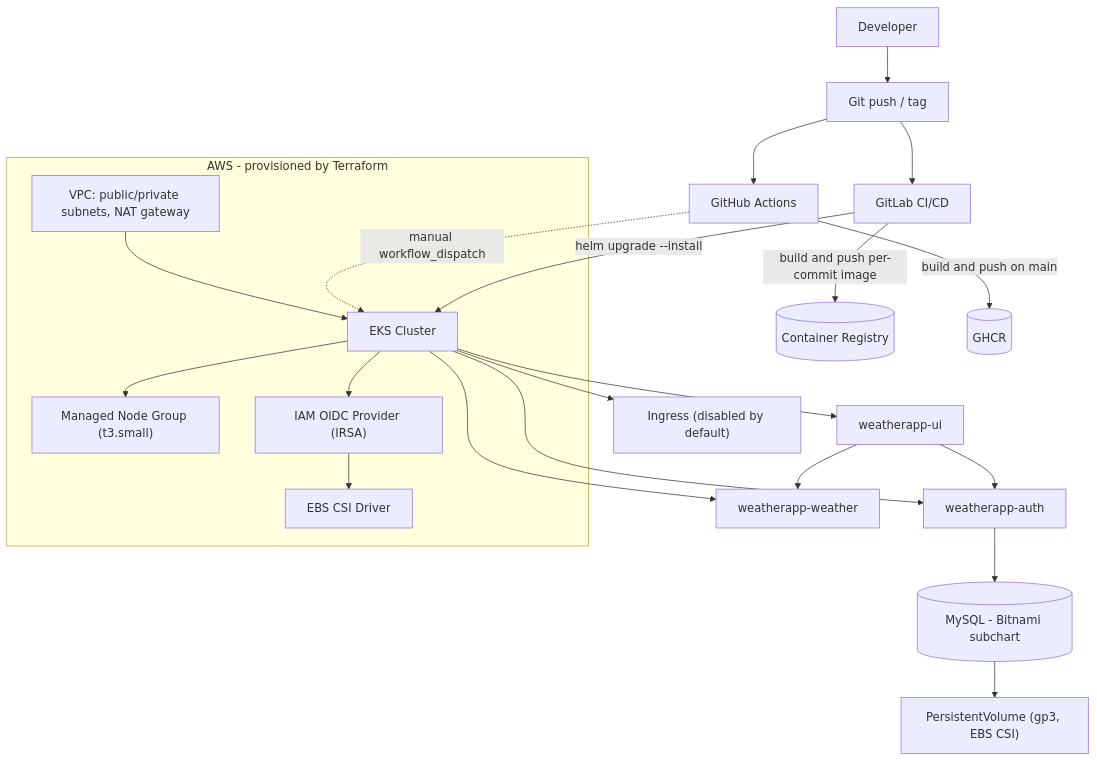
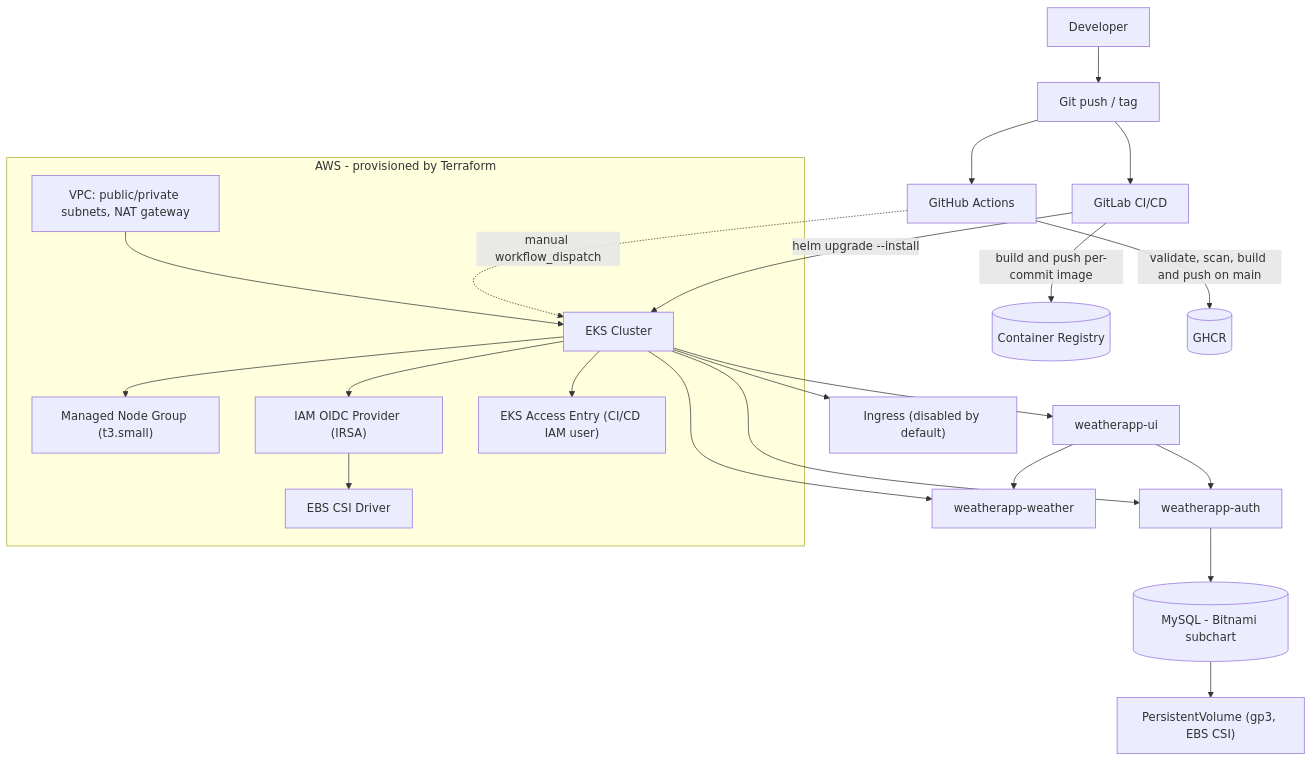
The diagram in README.md (imad-elbouhati/microservices-deployment-eks-helm), drawn with Mermaid before and after one commit. The commit also changed other lines of this file, not shown here.

````diff
--- a/README.md
+++ b/README.md
@@ -67,27 +48,28 @@
 ```mermaid
 flowchart TD
     Dev[Developer] --> Git["Git push / tag"]
     Git --> GLCI["GitLab CI/CD"]
     Git --> GHCI[GitHub Actions]
 
     GLCI -->|build and push per-commit image| Registry[(Container Registry)]
-    GHCI -->|build and push on main| GHCR[(GHCR)]
+    GHCI -->|validate, scan, build and push on main| GHCR[(GHCR)]
     GLCI -->|helm upgrade --install| EKSCluster
     GHCI -.->|manual workflow_dispatch| EKSCluster
 
     subgraph AWS["AWS - provisioned by Terraform"]
         VPC["VPC: public/private subnets, NAT gateway"] --> EKSCluster[EKS Cluster]
         EKSCluster --> NodeGroup["Managed Node Group (t3.small)"]
         EKSCluster --> OIDC["IAM OIDC Provider (IRSA)"]
         OIDC --> CSI[EBS CSI Driver]
+        EKSCluster --> AccessEntry["EKS Access Entry (CI/CD IAM user)"]
     end
 
     EKSCluster --> Ingress["Ingress (disabled by default)"]
     EKSCluster --> SvcUI[weatherapp-ui]
     EKSCluster --> SvcAuth[weatherapp-auth]
     EKSCluster --> SvcWeather[weatherapp-weather]
     SvcUI --> SvcAuth
     SvcUI --> SvcWeather
     SvcAuth --> MySQL[(MySQL - Bitnami subchart)]
     MySQL --> PVC["PersistentVolume (gp3, EBS CSI)"]
 ```
````
